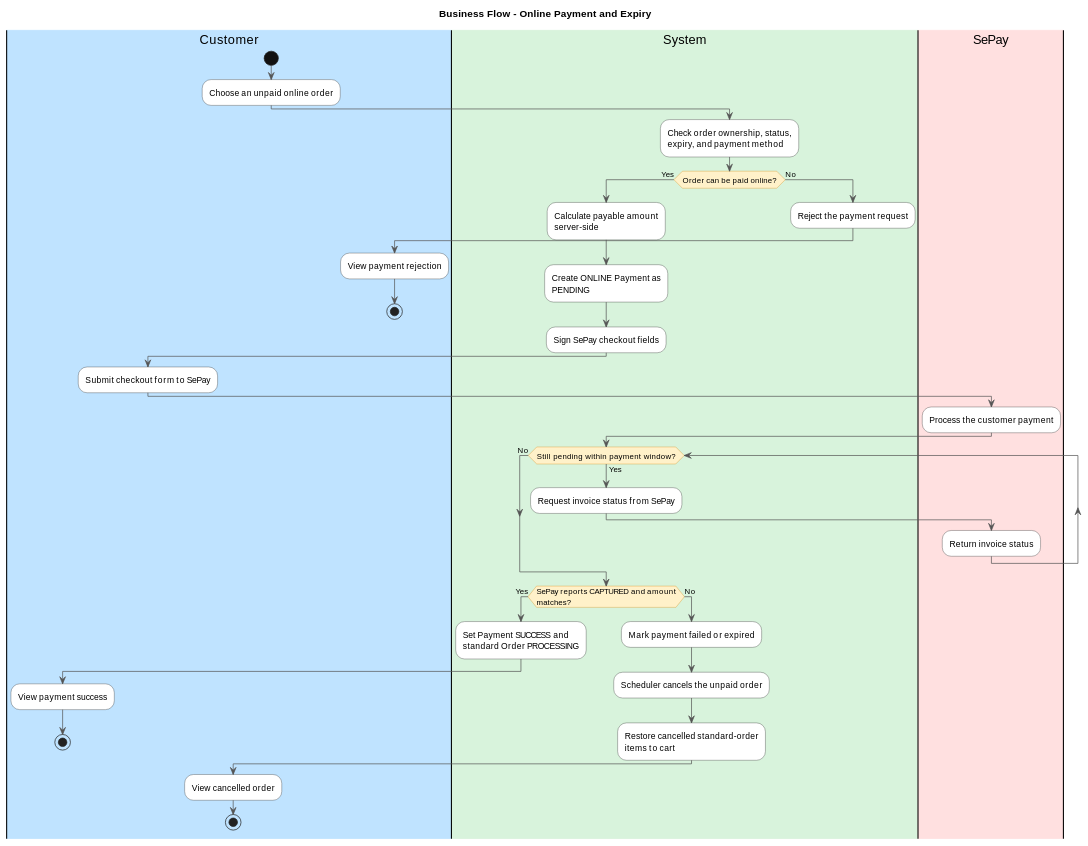
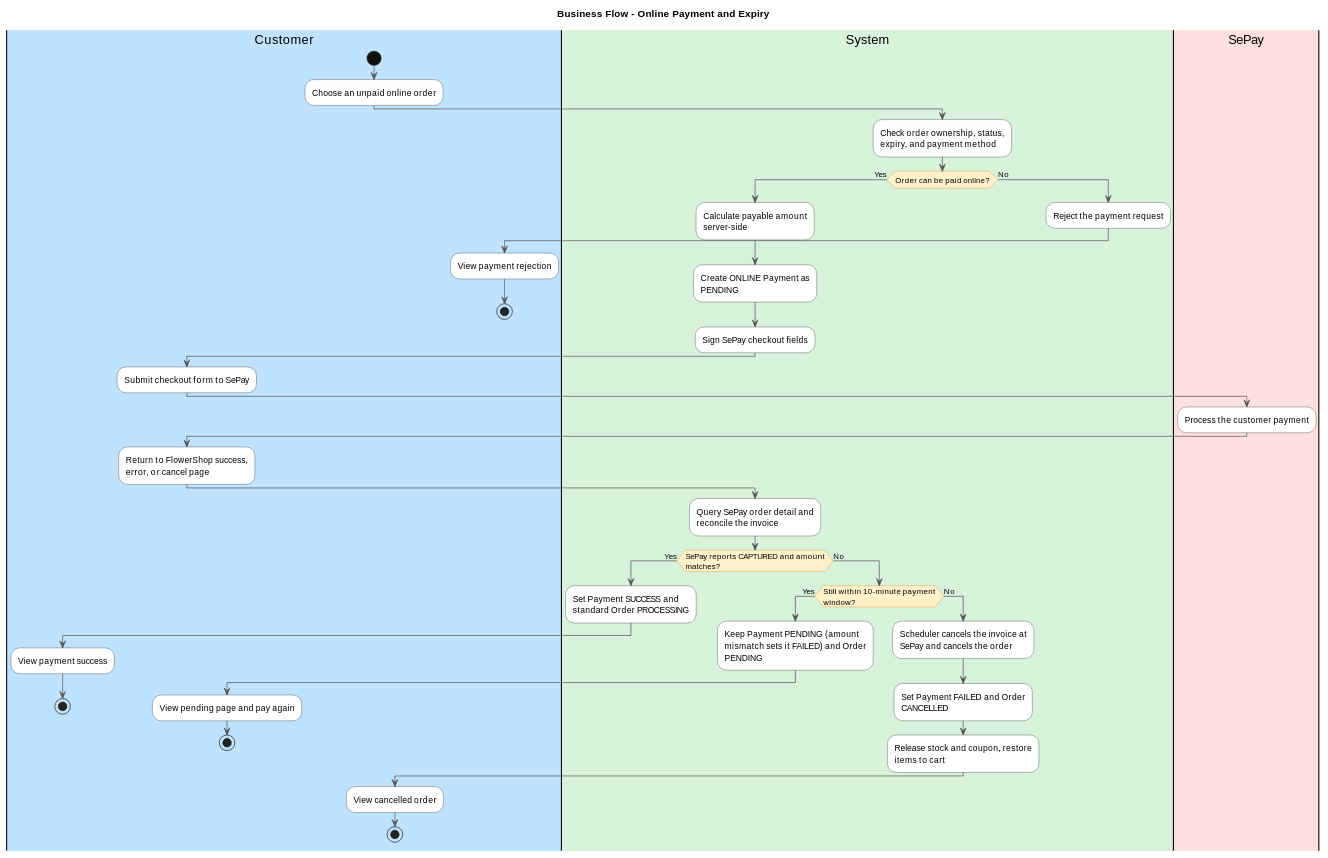
The second of 8 diagrams in SWIMLANES.md (duckpao/FlowerShop_SWP391), drawn with PlantUML before and after one commit. The commit also changed other lines of this file and 356 other files, not shown here.

````diff
--- a/SWIMLANES.md
+++ b/SWIMLANES.md
@@ -86,62 +89,67 @@
 ```plantuml
 @startuml
 title Business Flow - Online Payment and Expiry
 skinparam shadowing false
 skinparam defaultFontName Arial
 skinparam wrapWidth 200
 skinparam ArrowColor #555555
 skinparam activity {
   BackgroundColor #FFFFFF
   BorderColor #333333
   DiamondBackgroundColor #FFF1C9
   DiamondBorderColor #D88916
   StartColor #111111
   EndColor #111111
 }
 
 |#BFE3FF|Customer|
 |#D8F3DC|System|
 |#FFE0E0|SePay|
 |Customer|
 start
 :Choose an unpaid online order;
 |System|
 :Check order ownership, status, expiry, and payment method;
 if (Order can be paid online?) then (Yes)
   :Calculate payable amount server-side;
   :Create ONLINE Payment as PENDING;
   :Sign SePay checkout fields;
   |Customer|
   :Submit checkout form to SePay;
   |SePay|
   :Process the customer payment;
+  |Customer|
+  :Return to FlowerShop success, error, or cancel page;
   |System|
-  while (Still pending within payment window?) is (Yes)
-    :Request invoice status from SePay;
-    |SePay|
-    :Return invoice status;
-    |System|
-  endwhile (No)
+  :Query SePay order detail and reconcile the invoice;
   if (SePay reports CAPTURED and amount matches?) then (Yes)
     :Set Payment SUCCESS and standard Order PROCESSING;
     |Customer|
     :View payment success;
     stop
   else (No)
     |System|
-    :Mark payment failed or expired;
-    :Scheduler cancels the unpaid order;
-    :Restore cancelled standard-order items to cart;
-    |Customer|
-    :View cancelled order;
-    stop
+    if (Still within 10-minute payment window?) then (Yes)
+      :Keep Payment PENDING (amount mismatch sets it FAILED) and Order PENDING;
+      |Customer|
+      :View pending page and pay again;
+      stop
+    else (No)
+      |System|
+      :Scheduler cancels the invoice at SePay and cancels the order;
+      :Set Payment FAILED and Order CANCELLED;
+      :Release stock and coupon, restore items to cart;
+      |Customer|
+      :View cancelled order;
+      stop
+    endif
   endif
 else (No)
   |System|
   :Reject the payment request;
   |Customer|
   :View payment rejection;
   stop
 endif
 @enduml
 ```
````
